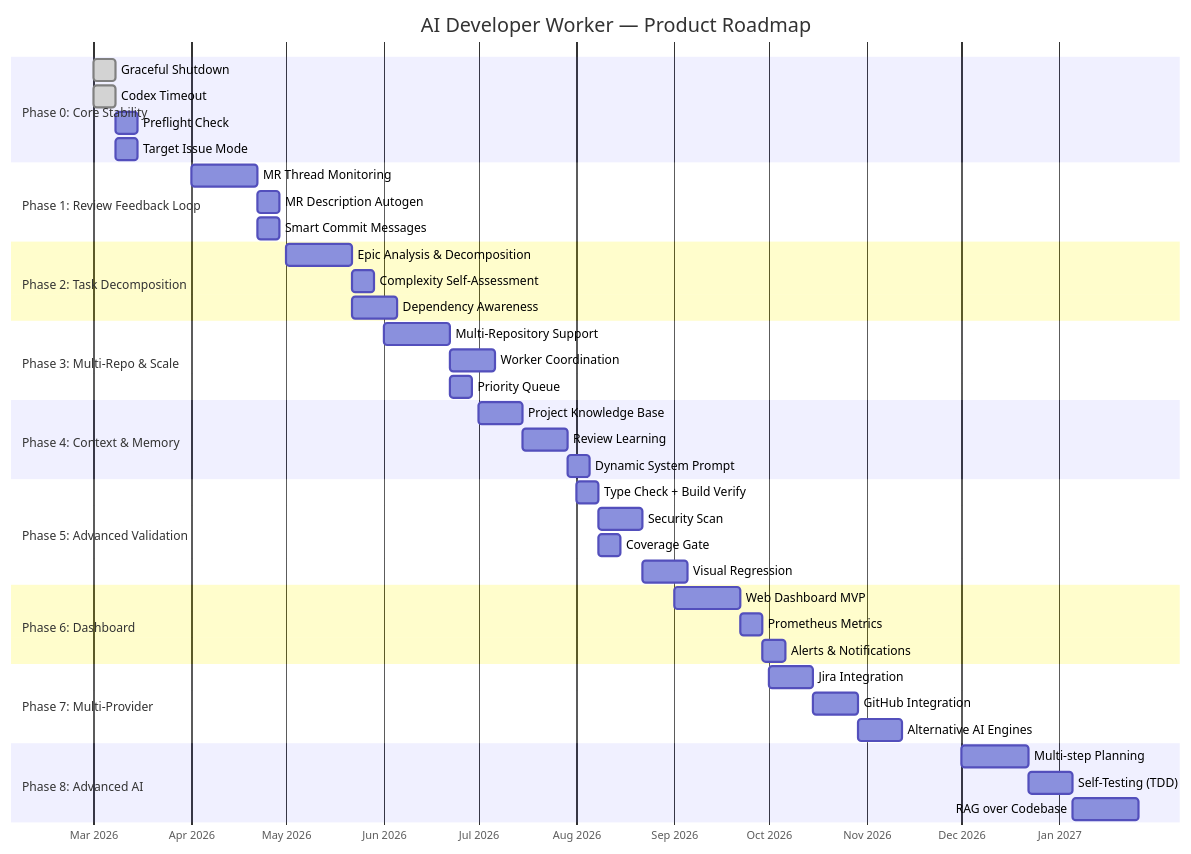
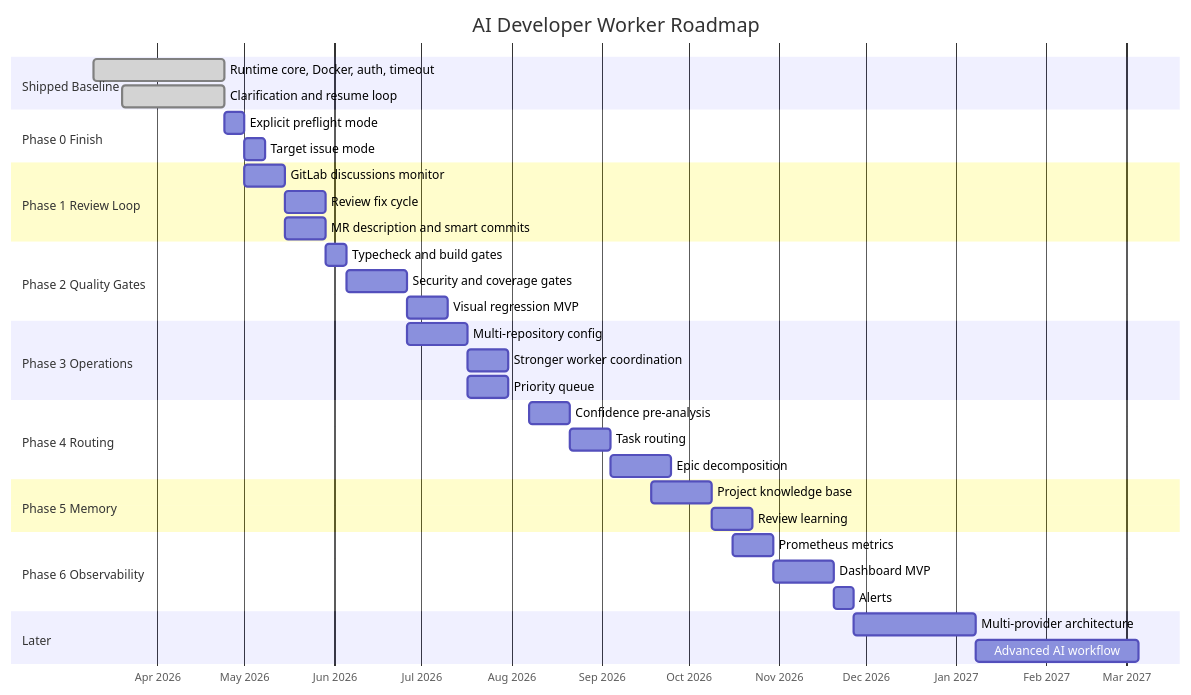
One commit to Absens/AI-Developer-Worker changed the diagram in product_roadmap.md. Above: the diagram before and after it, drawn with Mermaid. The commit also changed other lines of this file, not shown here.

Commit message:
Refresh product roadmap

````diff
--- a/product_roadmap.md
+++ b/product_roadmap.md
@@ -351,53 +462,47 @@
 ```mermaid
 gantt
-    title AI Developer Worker — Product Roadmap
-    dateFormat YYYY-MM
+    title AI Developer Worker Roadmap
+    dateFormat YYYY-MM-DD
     axisFormat %b %Y
-    
-    section Phase 0: Core Stability
-    Graceful Shutdown                :done, p0a, 2026-03, 1w
-    Codex Timeout                    :done, p0b, 2026-03, 1w
-    Preflight Check                  :p0c, after p0a, 1w
-    Target Issue Mode                :p0d, after p0a, 1w
-    
-    section Phase 1: Review Feedback Loop
-    MR Thread Monitoring             :p1a, 2026-04, 3w
-    MR Description Autogen           :p1b, after p1a, 1w
-    Smart Commit Messages            :p1c, after p1a, 1w
-    
-    section Phase 2: Task Decomposition
-    Epic Analysis & Decomposition    :p2a, 2026-05, 3w
-    Complexity Self-Assessment       :p2b, after p2a, 1w
-    Dependency Awareness             :p2c, after p2a, 2w
-    
-    section Phase 3: Multi-Repo & Scale
-    Multi-Repository Support         :p3a, 2026-06, 3w
-    Worker Coordination              :p3b, after p3a, 2w
-    Priority Queue                   :p3c, after p3a, 1w
-    
-    section Phase 4: Context & Memory
-    Project Knowledge Base           :p4a, 2026-07, 2w
-    Review Learning                  :p4b, after p4a, 2w
-    Dynamic System Prompt            :p4c, after p4b, 1w
-    
-    section Phase 5: Advanced Validation
-    Type Check + Build Verify        :p5a, 2026-08, 1w
-    Security Scan                    :p5b, after p5a, 2w
-    Coverage Gate                    :p5c, after p5a, 1w
-    Visual Regression                :p5d, after p5b, 2w
-    
-    section Phase 6: Dashboard
-    Web Dashboard MVP                :p6a, 2026-09, 3w
-    Prometheus Metrics               :p6b, after p6a, 1w
-    Alerts & Notifications           :p6c, after p6b, 1w
-    
-    section Phase 7: Multi-Provider
-    Jira Integration                 :p7a, 2026-10, 2w
-    GitHub Integration               :p7b, after p7a, 2w
-    Alternative AI Engines           :p7c, after p7b, 2w
-    
-    section Phase 8: Advanced AI
-    Multi-step Planning              :p8a, 2026-12, 3w
-    Self-Testing (TDD)               :p8b, after p8a, 2w
-    RAG over Codebase                :p8c, after p8b, 3w
+
+    section Shipped Baseline
+    Runtime core, Docker, auth, timeout       :done, p0a, 2026-03-10, 2026-04-24
+    Clarification and resume loop             :done, p0b, 2026-03-20, 2026-04-24
+
+    section Phase 0 Finish
+    Explicit preflight mode                   :p0c, 2026-04-24, 1w
+    Target issue mode                         :p0d, after p0c, 1w
+
+    section Phase 1 Review Loop
+    GitLab discussions monitor                :p1a, 2026-05-01, 2w
+    Review fix cycle                          :p1b, after p1a, 2w
+    MR description and smart commits          :p1c, after p1a, 2w
+
+    section Phase 2 Quality Gates
+    Typecheck and build gates                 :p2a, 2026-05-29, 1w
+    Security and coverage gates               :p2b, after p2a, 3w
+    Visual regression MVP                     :p2c, after p2b, 2w
+
+    section Phase 3 Operations
+    Multi-repository config                   :p3a, 2026-06-26, 3w
+    Stronger worker coordination              :p3b, after p3a, 2w
+    Priority queue                            :p3c, after p3a, 2w
+
+    section Phase 4 Routing
+    Confidence pre-analysis                   :p4a, 2026-08-07, 2w
+    Task routing                              :p4b, after p4a, 2w
+    Epic decomposition                        :p4c, after p4b, 3w
+
+    section Phase 5 Memory
+    Project knowledge base                    :p5a, 2026-09-18, 3w
+    Review learning                           :p5b, after p5a, 2w
+
+    section Phase 6 Observability
+    Prometheus metrics                        :p6a, 2026-10-16, 2w
+    Dashboard MVP                             :p6b, after p6a, 3w
+    Alerts                                    :p6c, after p6b, 1w
+
+    section Later
+    Multi-provider architecture               :p7a, 2026-11-27, 6w
+    Advanced AI workflow                      :p8a, 2027-01-08, 8w
 ```
````
